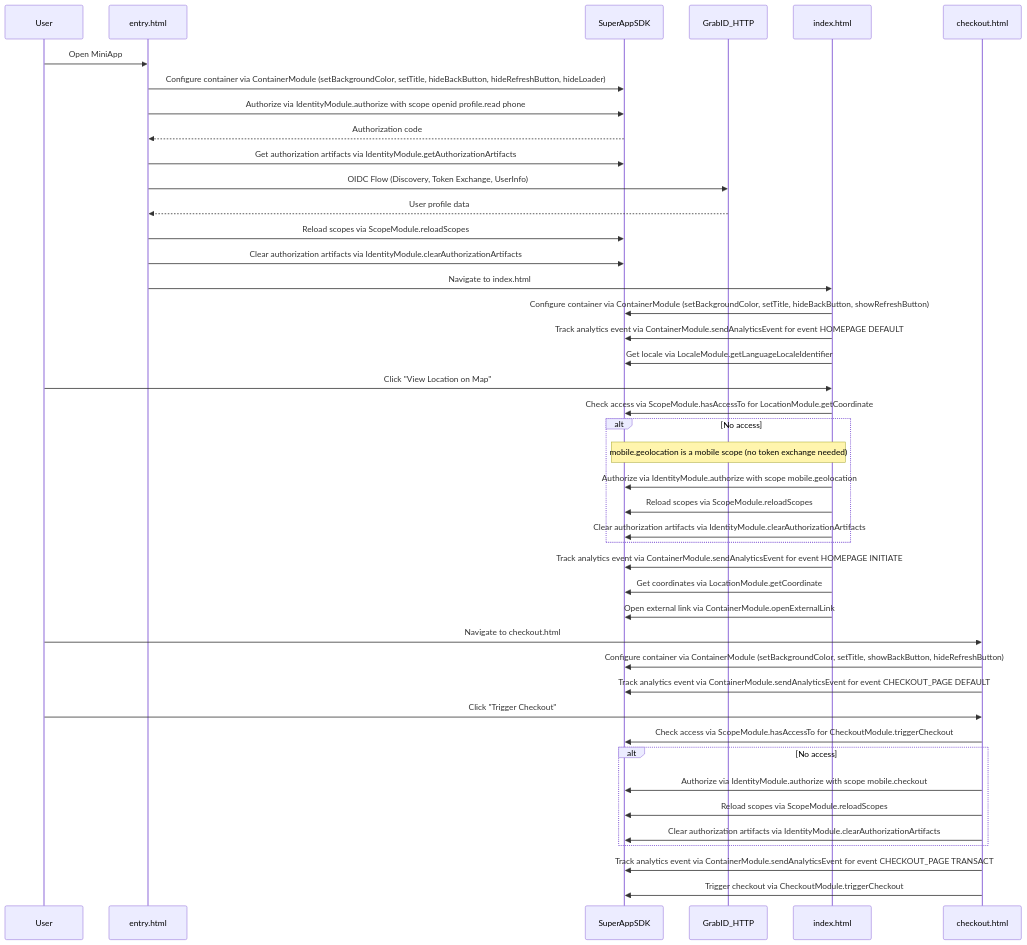
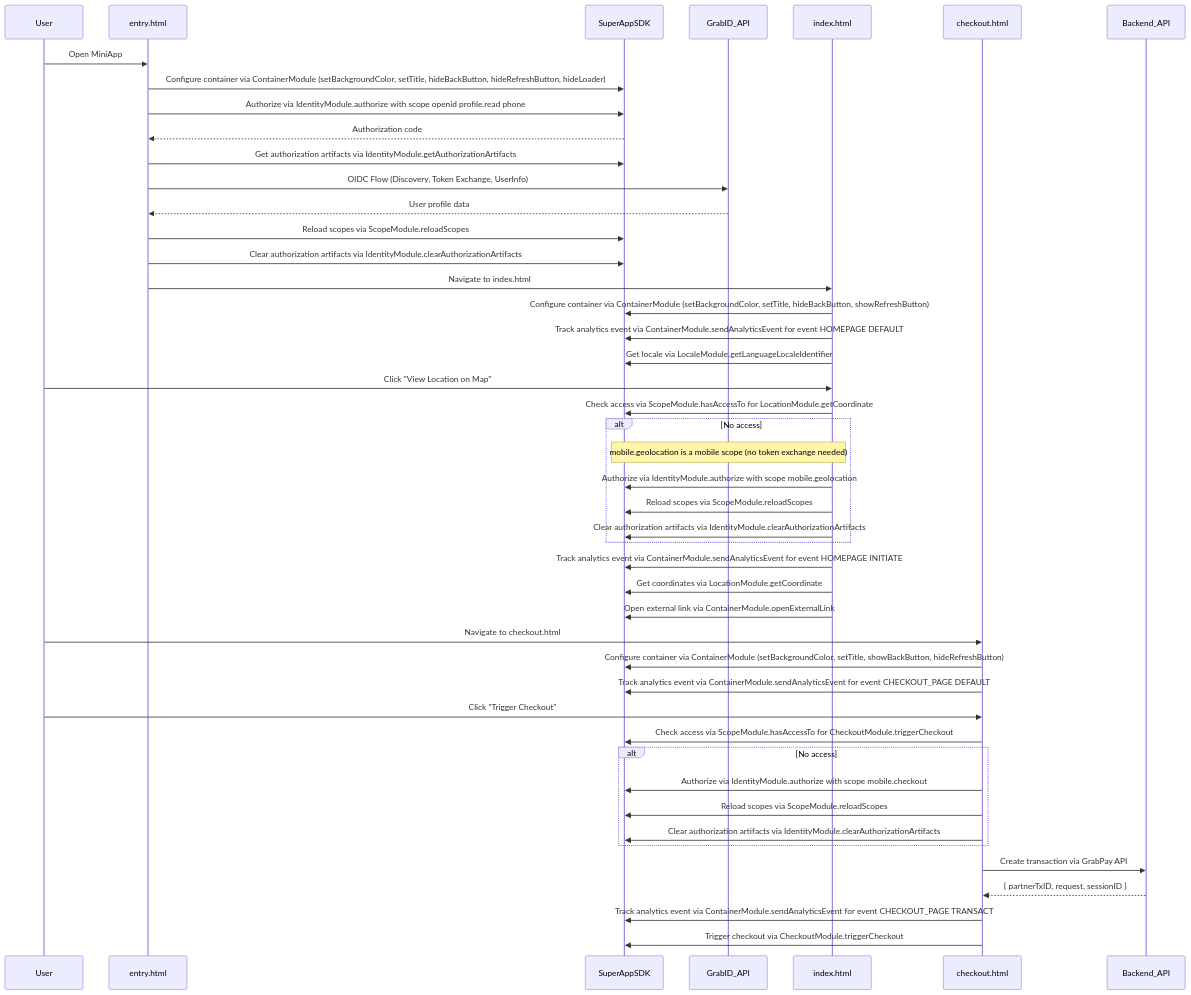
Before and after one commit to grab/superapp-sdk: the diagram in demo/cdn/README.md, drawn with Mermaid. The commit also changed other lines of this file and 2 other files, not shown here.

Commit message:
[CXMINIAPP-1262] Update docs

````diff
--- a/demo/cdn/README.md
+++ b/demo/cdn/README.md
@@ -24,48 +24,51 @@
 ```mermaid
 sequenceDiagram
     participant User
     participant Entry as entry.html
     participant SDK as SuperAppSDK
-    participant OIDC as GrabID_HTTP
+    participant OIDC as GrabID_API
     participant Home as index.html
     participant Checkout as checkout.html
+    participant Backend as Backend_API
 
     User->>Entry: Open MiniApp
     Entry->>SDK: Configure container via ContainerModule (setBackgroundColor, setTitle, hideBackButton, hideRefreshButton, hideLoader)
     Entry->>SDK: Authorize via IdentityModule.authorize with scope openid profile.read phone
     SDK-->>Entry: Authorization code
     Entry->>SDK: Get authorization artifacts via IdentityModule.getAuthorizationArtifacts
     Entry->>OIDC: OIDC Flow (Discovery, Token Exchange, UserInfo)
     OIDC-->>Entry: User profile data
     Entry->>SDK: Reload scopes via ScopeModule.reloadScopes
     Entry->>SDK: Clear authorization artifacts via IdentityModule.clearAuthorizationArtifacts
     Entry->>Home: Navigate to index.html
 
     Home->>SDK: Configure container via ContainerModule (setBackgroundColor, setTitle, hideBackButton, showRefreshButton)
     Home->>SDK: Track analytics event via ContainerModule.sendAnalyticsEvent for event HOMEPAGE DEFAULT
     Home->>SDK: Get locale via LocaleModule.getLanguageLocaleIdentifier
     User->>Home: Click "View Location on Map"
     Home->>SDK: Check access via ScopeModule.hasAccessTo for LocationModule.getCoordinate
     alt No access
         Note over Home,SDK: mobile.geolocation is a mobile scope (no token exchange needed)
         Home->>SDK: Authorize via IdentityModule.authorize with scope mobile.geolocation
         Home->>SDK: Reload scopes via ScopeModule.reloadScopes
         Home->>SDK: Clear authorization artifacts via IdentityModule.clearAuthorizationArtifacts
     end
     Home->>SDK: Track analytics event via ContainerModule.sendAnalyticsEvent for event HOMEPAGE INITIATE
     Home->>SDK: Get coordinates via LocationModule.getCoordinate
     Home->>SDK: Open external link via ContainerModule.openExternalLink
 
     User->>Checkout: Navigate to checkout.html
     Checkout->>SDK: Configure container via ContainerModule (setBackgroundColor, setTitle, showBackButton, hideRefreshButton)
     Checkout->>SDK: Track analytics event via ContainerModule.sendAnalyticsEvent for event CHECKOUT_PAGE DEFAULT
     User->>Checkout: Click "Trigger Checkout"
     Checkout->>SDK: Check access via ScopeModule.hasAccessTo for CheckoutModule.triggerCheckout
     alt No access
         Checkout->>SDK: Authorize via IdentityModule.authorize with scope mobile.checkout
         Checkout->>SDK: Reload scopes via ScopeModule.reloadScopes
         Checkout->>SDK: Clear authorization artifacts via IdentityModule.clearAuthorizationArtifacts
     end
+    Checkout->>Backend: Create transaction via GrabPay API
+    Backend-->>Checkout: { partnerTxID, request, sessionID }
     Checkout->>SDK: Track analytics event via ContainerModule.sendAnalyticsEvent for event CHECKOUT_PAGE TRANSACT
     Checkout->>SDK: Trigger checkout via CheckoutModule.triggerCheckout
 ```
````
